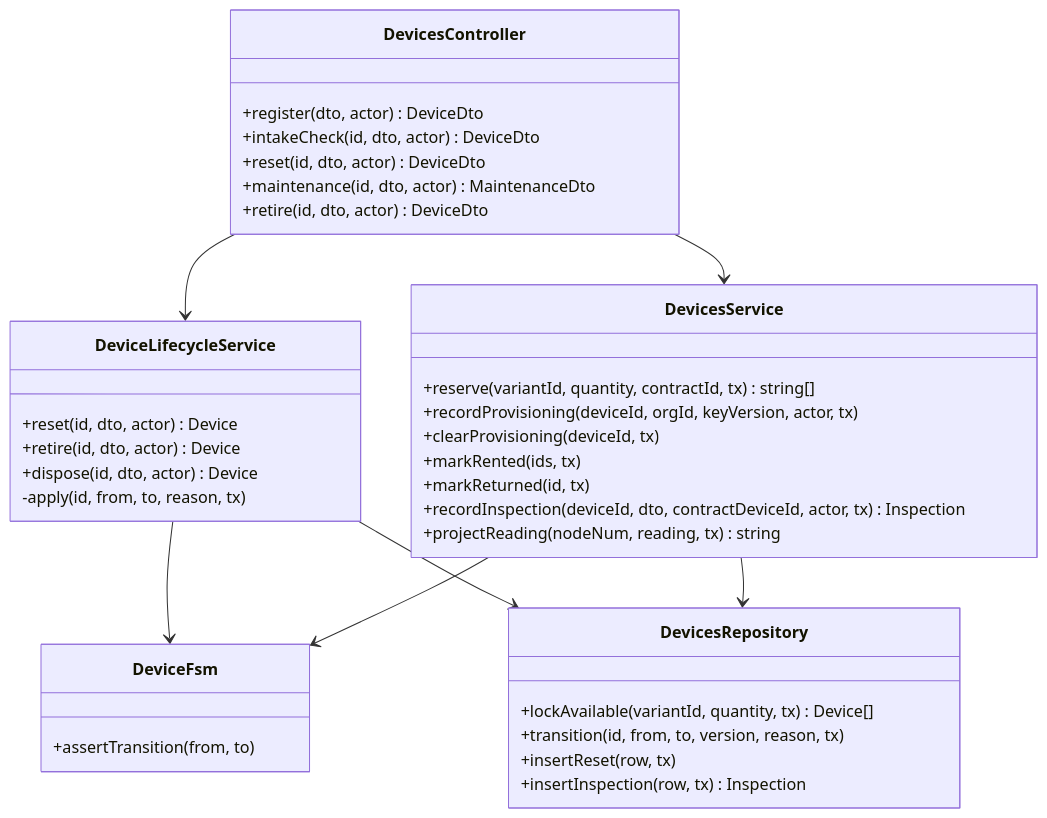
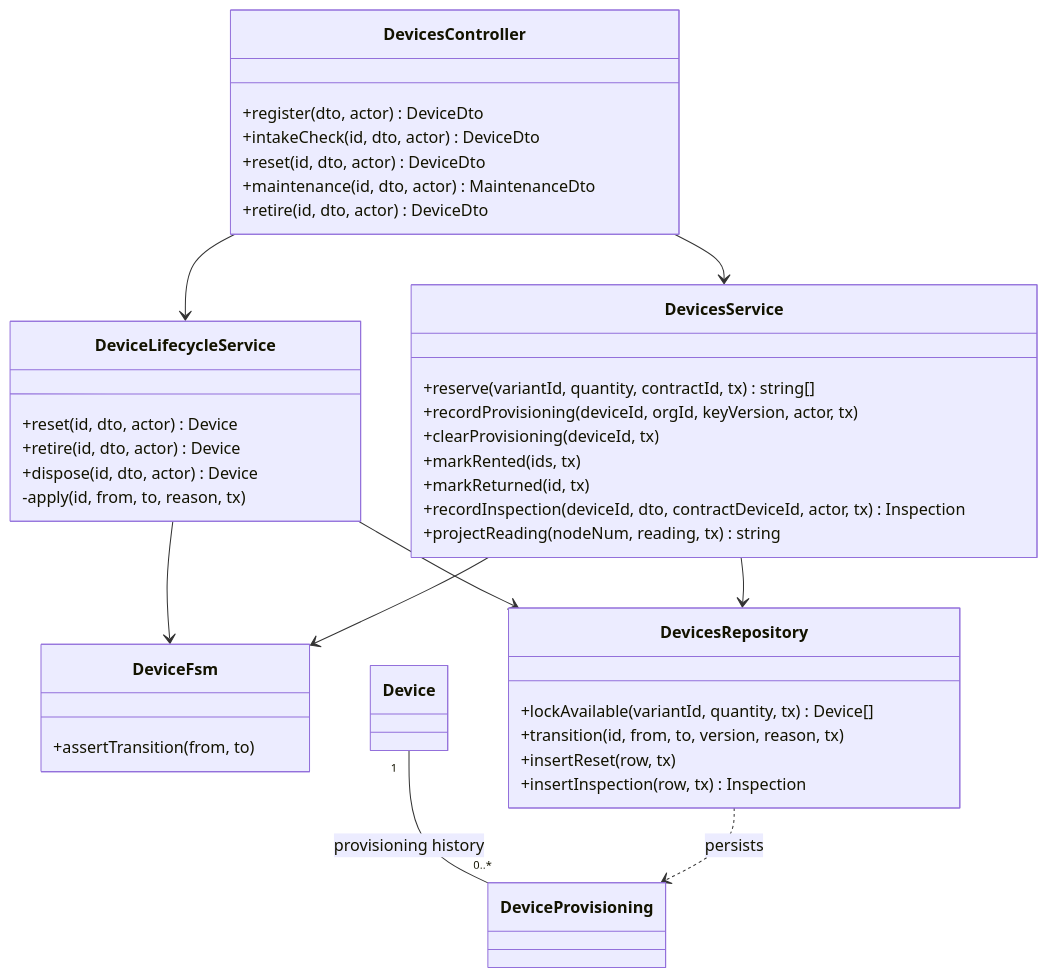
Before and after one commit to TrekLink-Team/treklink-web: the sixth of 21 diagrams in specs/devices/design.md, drawn with Mermaid. The commit also changed other lines of this file and 7 other files, not shown here.

First line of the commit message:
docs: add code-backed UML class relations and split views

````diff
--- a/specs/devices/design.md
+++ b/specs/devices/design.md
@@ -329,40 +329,47 @@
 ```mermaid
 classDiagram
     class DevicesController {
         +register(dto, actor) DeviceDto
         +intakeCheck(id, dto, actor) DeviceDto
         +reset(id, dto, actor) DeviceDto
         +maintenance(id, dto, actor) MaintenanceDto
         +retire(id, dto, actor) DeviceDto
     }
     class DevicesService {
         +reserve(variantId, quantity, contractId, tx) string[]
         +recordProvisioning(deviceId, orgId, keyVersion, actor, tx)
         +clearProvisioning(deviceId, tx)
         +markRented(ids, tx)
         +markReturned(id, tx)
         +recordInspection(deviceId, dto, contractDeviceId, actor, tx) Inspection
         +projectReading(nodeNum, reading, tx) string
     }
     class DeviceLifecycleService {
         +reset(id, dto, actor) Device
         +retire(id, dto, actor) Device
         +dispose(id, dto, actor) Device
         -apply(id, from, to, reason, tx)
     }
     class DeviceFsm {
         +assertTransition(from, to)
     }
     class DevicesRepository {
         +lockAvailable(variantId, quantity, tx) Device[]
         +transition(id, from, to, version, reason, tx)
         +insertReset(row, tx)
         +insertInspection(row, tx) Inspection
     }
     DevicesController --> DeviceLifecycleService
     DevicesController --> DevicesService
     DeviceLifecycleService --> DeviceFsm
     DevicesService --> DeviceFsm
     DeviceLifecycleService --> DevicesRepository
     DevicesService --> DevicesRepository
+
+    class Device
+    class DeviceProvisioning
+    %% backend/prisma/schema.prisma:880; retained history references its asset; no deletion cascade or joint lifetime asserted.
+    Device "1" -- "0..*" DeviceProvisioning : provisioning history
+    %% backend/src/modules/devices/devices.repository.ts:264-290; writes the history record.
+    DevicesRepository ..> DeviceProvisioning : persists
 ```
````
